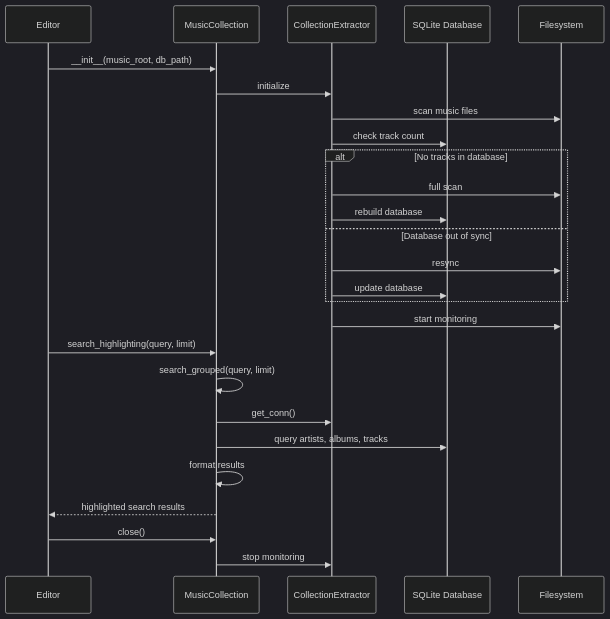
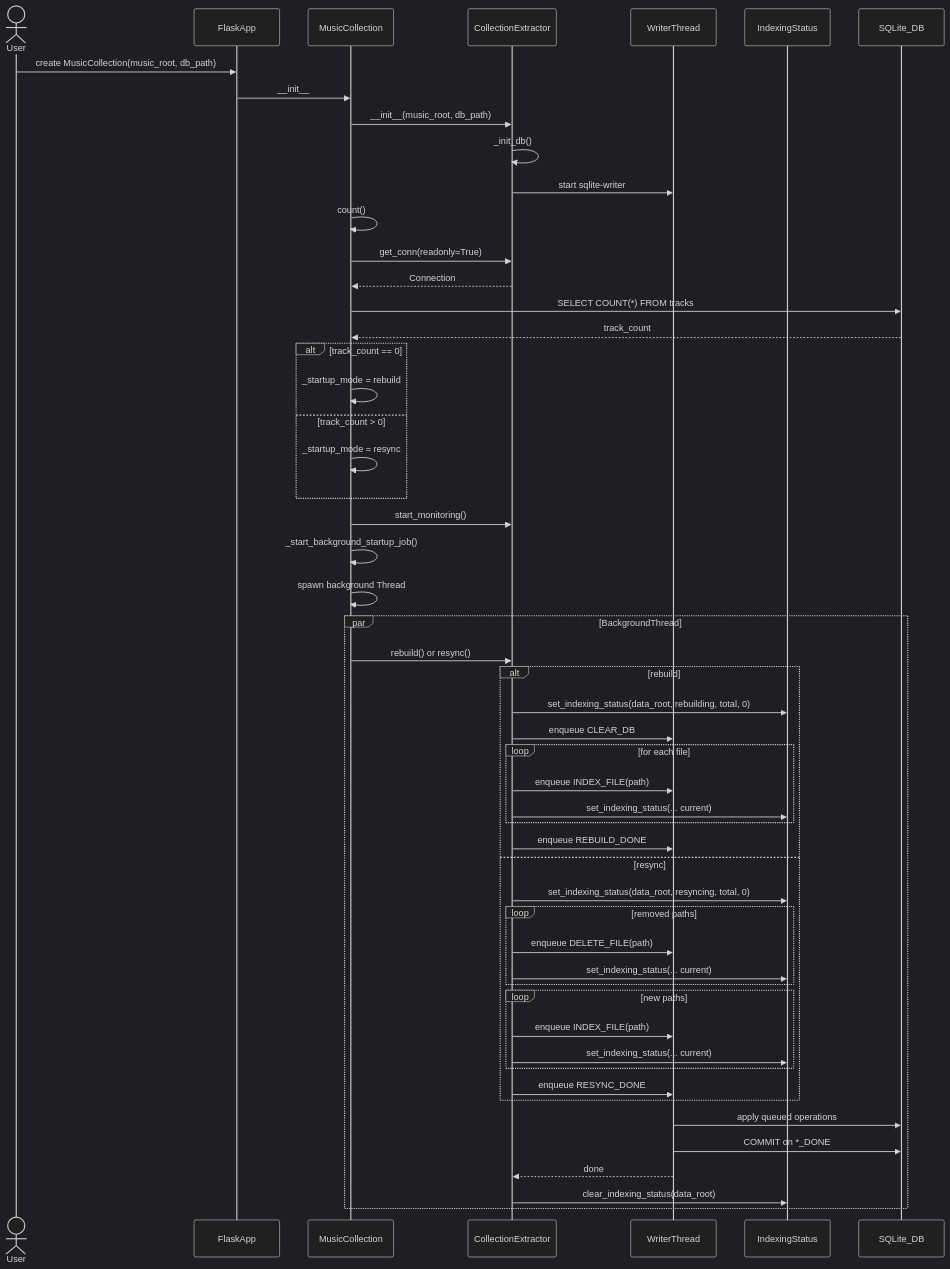
Before and after one commit to mark-me/mixtape-society: the first of 3 diagrams in docs/development/musiclib.md, drawn with Mermaid (dark theme). The commit also changed other lines of this file and 3 other files, not shown here.

````diff
--- a/docs/development/musiclib.md
+++ b/docs/development/musiclib.md
@@ -9,31 +9,59 @@
 ```mermaid
 sequenceDiagram
-    participant Editor
+    actor User
+    participant FlaskApp
     participant MusicCollection
     participant CollectionExtractor
-    participant SQLiteDB as SQLite Database
-    participant Filesystem
+    participant WriterThread
+    participant IndexingStatus
+    participant SQLiteDB as SQLite_DB
 
-    Editor->>MusicCollection: __init__(music_root, db_path)
-    MusicCollection->>CollectionExtractor: initialize
-    CollectionExtractor->>Filesystem: scan music files
-    CollectionExtractor->>SQLiteDB: check track count
-    alt No tracks in database
-        CollectionExtractor->>Filesystem: full scan
-        CollectionExtractor->>SQLiteDB: rebuild database
-    else Database out of sync
-        CollectionExtractor->>Filesystem: resync
-        CollectionExtractor->>SQLiteDB: update database
+    User->>FlaskApp: create MusicCollection(music_root, db_path)
+    FlaskApp->>MusicCollection: __init__
+    MusicCollection->>CollectionExtractor: __init__(music_root, db_path)
+    CollectionExtractor->>CollectionExtractor: _init_db()
+    CollectionExtractor->>WriterThread: start sqlite-writer
+    MusicCollection->>MusicCollection: count()
+    MusicCollection->>CollectionExtractor: get_conn(readonly=True)
+    CollectionExtractor-->>MusicCollection: Connection
+    MusicCollection->>SQLiteDB: SELECT COUNT(*) FROM tracks
+    SQLiteDB-->>MusicCollection: track_count
+    alt track_count == 0
+        MusicCollection->>MusicCollection: _startup_mode = rebuild
+    else track_count > 0
+        MusicCollection->>MusicCollection: _startup_mode = resync
     end
-    CollectionExtractor->>Filesystem: start monitoring
 
-    Editor->>MusicCollection: search_highlighting(query, limit)
-    MusicCollection->>MusicCollection: search_grouped(query, limit)
-    MusicCollection->>CollectionExtractor: get_conn()
-    MusicCollection->>SQLiteDB: query artists, albums, tracks
-    MusicCollection->>MusicCollection: format results
-    MusicCollection-->>Editor: highlighted search results
+    MusicCollection->>CollectionExtractor: start_monitoring()
+    MusicCollection->>MusicCollection: _start_background_startup_job()
+    MusicCollection->>MusicCollection: spawn background Thread
 
-    Editor->>MusicCollection: close()
-    MusicCollection->>CollectionExtractor: stop monitoring
+    par BackgroundThread
+        MusicCollection->>CollectionExtractor: rebuild() or resync()
+        alt rebuild
+            CollectionExtractor->>IndexingStatus: set_indexing_status(data_root, rebuilding, total, 0)
+            CollectionExtractor->>WriterThread: enqueue CLEAR_DB
+            loop for each file
+                CollectionExtractor->>WriterThread: enqueue INDEX_FILE(path)
+                CollectionExtractor->>IndexingStatus: set_indexing_status(... current)
+            end
+            CollectionExtractor->>WriterThread: enqueue REBUILD_DONE
+        else resync
+            CollectionExtractor->>IndexingStatus: set_indexing_status(data_root, resyncing, total, 0)
+            loop removed paths
+                CollectionExtractor->>WriterThread: enqueue DELETE_FILE(path)
+                CollectionExtractor->>IndexingStatus: set_indexing_status(... current)
+            end
+            loop new paths
+                CollectionExtractor->>WriterThread: enqueue INDEX_FILE(path)
+                CollectionExtractor->>IndexingStatus: set_indexing_status(... current)
+            end
+            CollectionExtractor->>WriterThread: enqueue RESYNC_DONE
+        end
+
+        WriterThread->>SQLiteDB: apply queued operations
+        WriterThread->>SQLiteDB: COMMIT on *_DONE
+        WriterThread-->>CollectionExtractor: done
+        CollectionExtractor->>IndexingStatus: clear_indexing_status(data_root)
+    end
 ```
````
